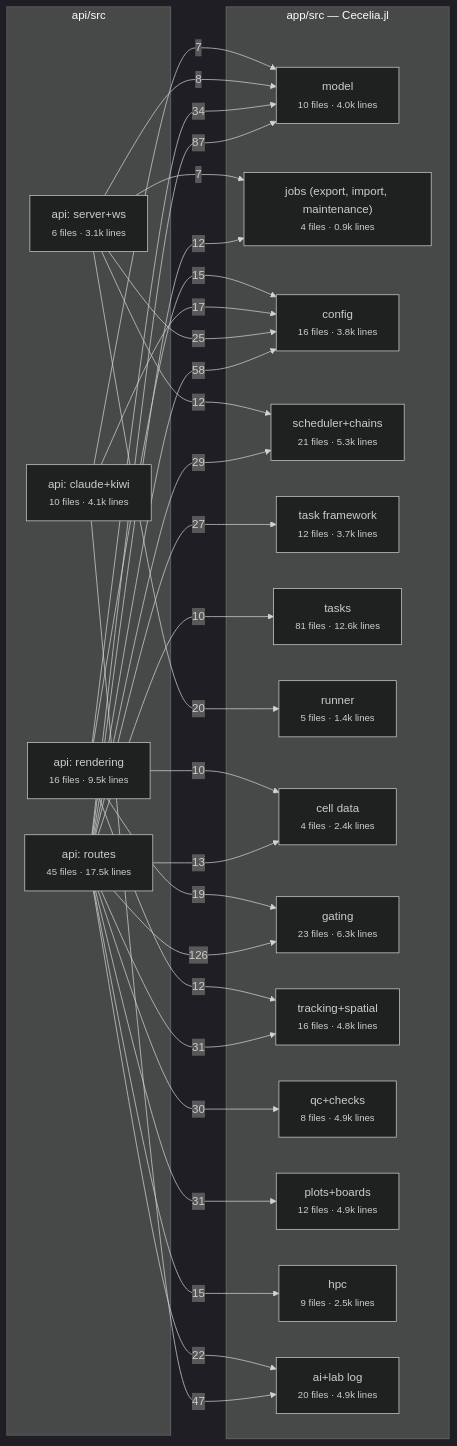
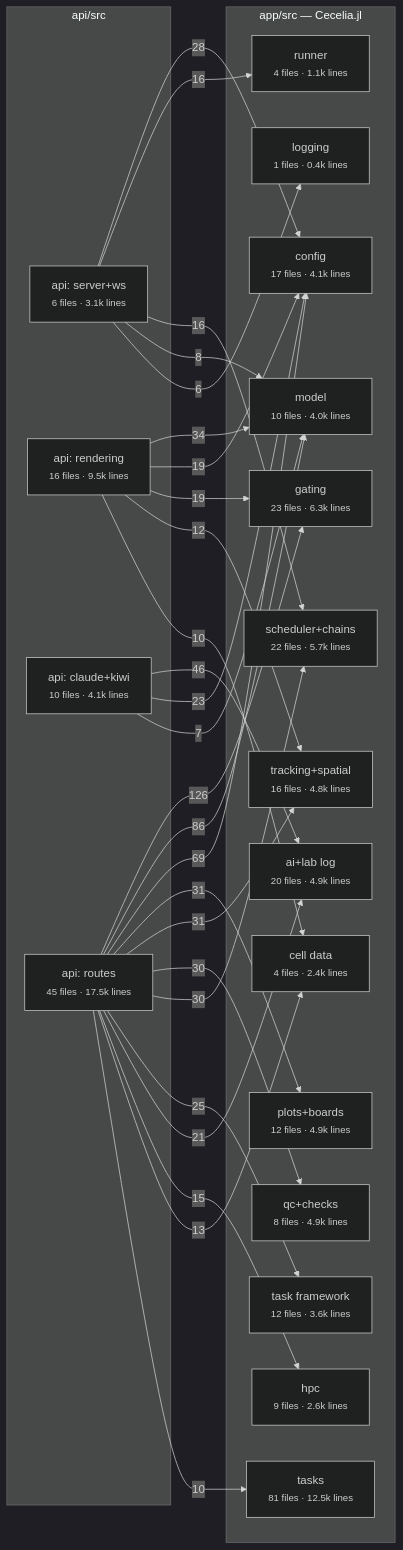
The second of 2 diagrams in docs/architecture/julia/areas.md (schienstockd/cecelia), drawn with Mermaid (dark theme) before and after one commit. The commit also changed other lines of this file and 40 other files, not shown here.

````diff
--- a/docs/architecture/julia/areas.md
+++ b/docs/architecture/julia/areas.md
@@ -64,51 +66,50 @@
 ```mermaid
 flowchart LR
   subgraph API["api/src"]
     api__server_ws["api: server+ws<br/><small>6 files · 3.1k lines</small>"]
     api__rendering["api: rendering<br/><small>16 files · 9.5k lines</small>"]
     api__claude_kiwi["api: claude+kiwi<br/><small>10 files · 4.1k lines</small>"]
     api__routes["api: routes<br/><small>45 files · 17.5k lines</small>"]
   end
   subgraph PKG["app/src — Cecelia.jl"]
     model["model<br/><small>10 files · 4.0k lines</small>"]
-    jobs__export__import__maintenance_["jobs (export, import, maintenance)<br/><small>4 files · 0.9k lines</small>"]
-    config["config<br/><small>16 files · 3.8k lines</small>"]
-    scheduler_chains["scheduler+chains<br/><small>21 files · 5.3k lines</small>"]
-    task_framework["task framework<br/><small>12 files · 3.7k lines</small>"]
-    tasks["tasks<br/><small>81 files · 12.6k lines</small>"]
-    runner["runner<br/><small>5 files · 1.4k lines</small>"]
+    config["config<br/><small>17 files · 4.1k lines</small>"]
+    scheduler_chains["scheduler+chains<br/><small>22 files · 5.7k lines</small>"]
+    task_framework["task framework<br/><small>12 files · 3.6k lines</small>"]
+    tasks["tasks<br/><small>81 files · 12.5k lines</small>"]
+    runner["runner<br/><small>4 files · 1.1k lines</small>"]
     cell_data["cell data<br/><small>4 files · 2.4k lines</small>"]
     gating["gating<br/><small>23 files · 6.3k lines</small>"]
     tracking_spatial["tracking+spatial<br/><small>16 files · 4.8k lines</small>"]
     qc_checks["qc+checks<br/><small>8 files · 4.9k lines</small>"]
     plots_boards["plots+boards<br/><small>12 files · 4.9k lines</small>"]
-    hpc["hpc<br/><small>9 files · 2.5k lines</small>"]
+    hpc["hpc<br/><small>9 files · 2.6k lines</small>"]
     ai_lab_log["ai+lab log<br/><small>20 files · 4.9k lines</small>"]
+    logging["logging<br/><small>1 files · 0.4k lines</small>"]
   end
   api__routes -->|126| gating
-  api__routes -->|87| model
-  api__routes -->|58| config
-  api__claude_kiwi -->|47| ai_lab_log
+  api__routes -->|86| model
+  api__routes -->|69| config
+  api__claude_kiwi -->|46| ai_lab_log
   api__rendering -->|34| model
   api__routes -->|31| plots_boards
   api__routes -->|31| tracking_spatial
   api__routes -->|30| qc_checks
-  api__routes -->|29| scheduler_chains
-  api__routes -->|27| task_framework
-  api__server_ws -->|25| config
-  api__routes -->|22| ai_lab_log
-  api__server_ws -->|20| runner
+  api__routes -->|30| scheduler_chains
+  api__server_ws -->|28| config
+  api__routes -->|25| task_framework
+  api__claude_kiwi -->|23| config
+  api__routes -->|21| ai_lab_log
+  api__rendering -->|19| config
   api__rendering -->|19| gating
-  api__claude_kiwi -->|17| config
-  api__rendering -->|15| config
+  api__server_ws -->|16| runner
+  api__server_ws -->|16| scheduler_chains
   api__routes -->|15| hpc
   api__routes -->|13| cell_data
   api__rendering -->|12| tracking_spatial
-  api__routes -->|12| jobs__export__import__maintenance_
-  api__server_ws -->|12| scheduler_chains
   api__rendering -->|10| cell_data
   api__routes -->|10| tasks
   api__server_ws -->|8| model
   api__claude_kiwi -->|7| model
-  api__server_ws -->|7| jobs__export__import__maintenance_
+  api__server_ws -->|6| logging
 ```
````
